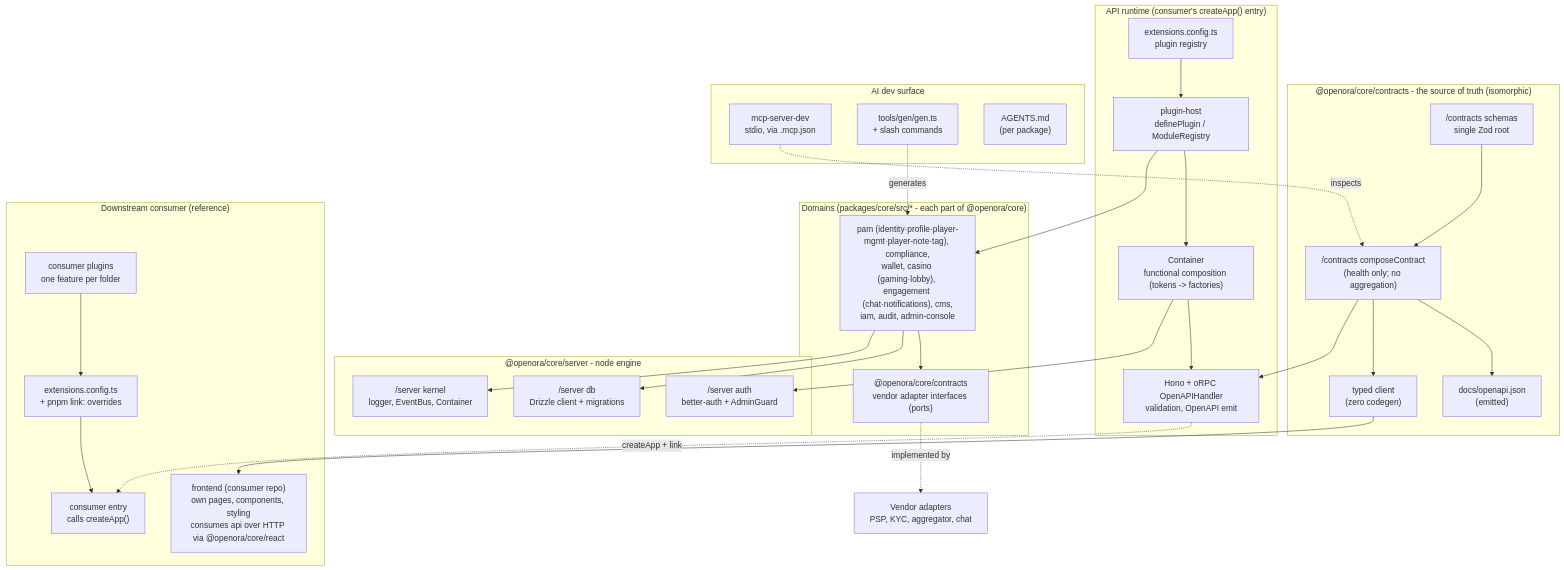
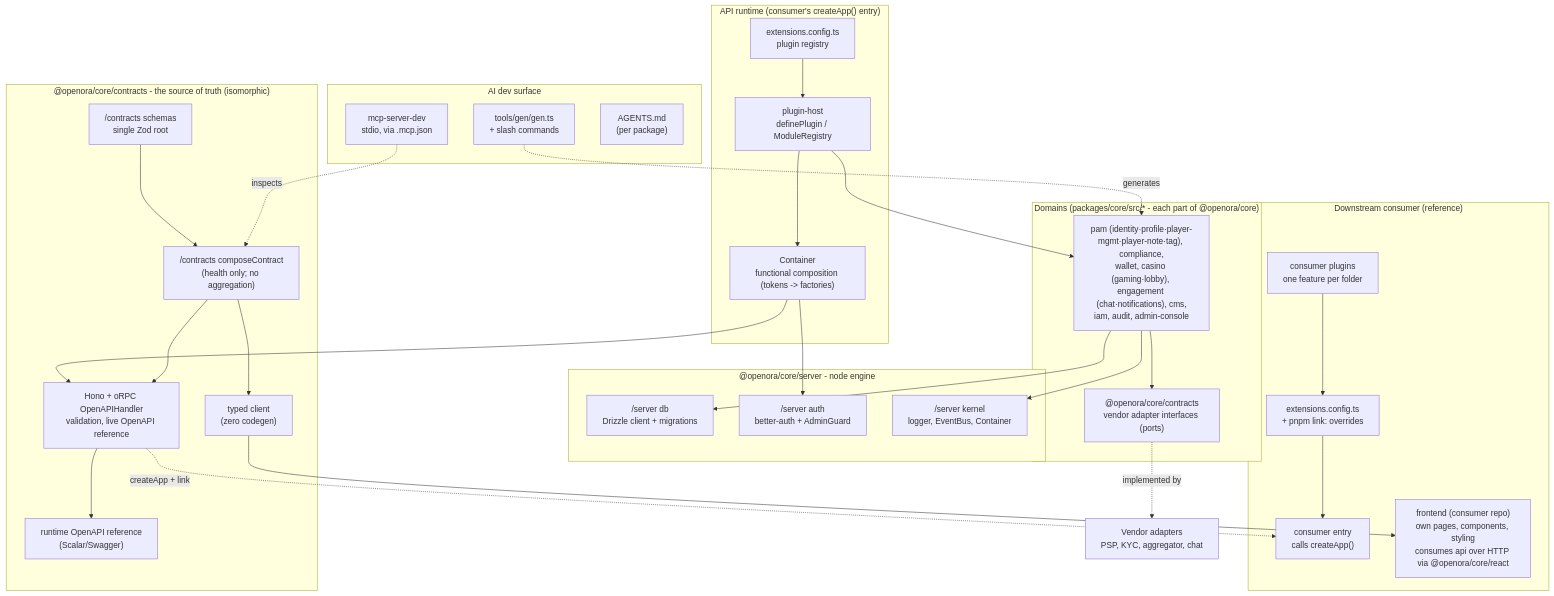
Before and after one commit to blurifycom/openora: the first of 2 diagrams in docs/architecture.md, drawn with Mermaid. The commit also changed other lines of this file and 45 other files, not shown here.

Commit message:
refactor(server): serve runtime openapi reference

````diff
--- a/docs/architecture.md
+++ b/docs/architecture.md
@@ -20,62 +20,62 @@
 ```mermaid
 flowchart TB
   subgraph contracts["@openora/core/contracts - the source of truth (isomorphic)"]
     zod["/contracts schemas<br/>single Zod root"]
     orpc["/contracts composeContract<br/>(health only; no aggregation)"]
-    openapi["docs/openapi.json<br/>(emitted)"]
+    openapi["runtime OpenAPI reference<br/>(Scalar/Swagger)"]
     client["typed client<br/>(zero codegen)"]
     zod --> orpc
-    orpc --> openapi
+    hono --> openapi
     orpc --> client
   end
 
   subgraph runtime["API runtime (consumer's createApp() entry)"]
     cfg["extensions.config.ts<br/>plugin registry"]
     host["plugin-host<br/>definePlugin / ModuleRegistry"]
     container["Container<br/>functional composition (tokens -> factories)"]
-    hono["Hono + oRPC OpenAPIHandler<br/>validation, OpenAPI emit"]
+    hono["Hono + oRPC OpenAPIHandler<br/>validation, live OpenAPI reference"]
     cfg --> host
     host --> container
     container --> hono
     orpc --> hono
   end
 
   subgraph platform["@openora/core/server - node engine"]
     db["/server db<br/>Drizzle client + migrations"]
     auth["/server auth<br/>better-auth + AdminGuard"]
     core["/server kernel<br/>logger, EventBus, Container"]
   end
 
   subgraph modules["Domains (packages/core/src/* - each part of @openora/core)"]
     mod["pam (identity·profile·player-mgmt·player-note·tag), compliance,<br/>wallet, casino (gaming·lobby), engagement (chat·notifications), cms,<br/>iam, audit, admin-console"]
     adapters["@openora/core/contracts<br/>vendor adapter interfaces (ports)"]
     mod --> adapters
   end
 
   vendor["Vendor adapters<br/>PSP, KYC, aggregator, chat"]
 
   host --> mod
   container --> auth
   mod --> db
   mod --> core
   adapters -. implemented by .-> vendor
 
   subgraph consumer["Downstream consumer (reference)"]
     bapi["consumer entry<br/>calls createApp()"]
     bfront["frontend (consumer repo)<br/>own pages, components, styling<br/>consumes api over HTTP via @openora/core/react"]
     bplug["consumer plugins<br/>one feature per folder"]
     bcfg["extensions.config.ts<br/>+ pnpm link: overrides"]
     bplug --> bcfg
     bcfg --> bapi
   end
   hono -. createApp + link .-> bapi
   client --> bfront
 
   subgraph ai["AI dev surface"]
     mcp["mcp-server-dev<br/>stdio, via .mcp.json"]
     scaffold["tools/gen/gen.ts<br/>+ slash commands"]
     agentsmd["AGENTS.md<br/>(per package)"]
   end
   mcp -. inspects .-> orpc
   scaffold -. generates .-> mod
 ```
````
